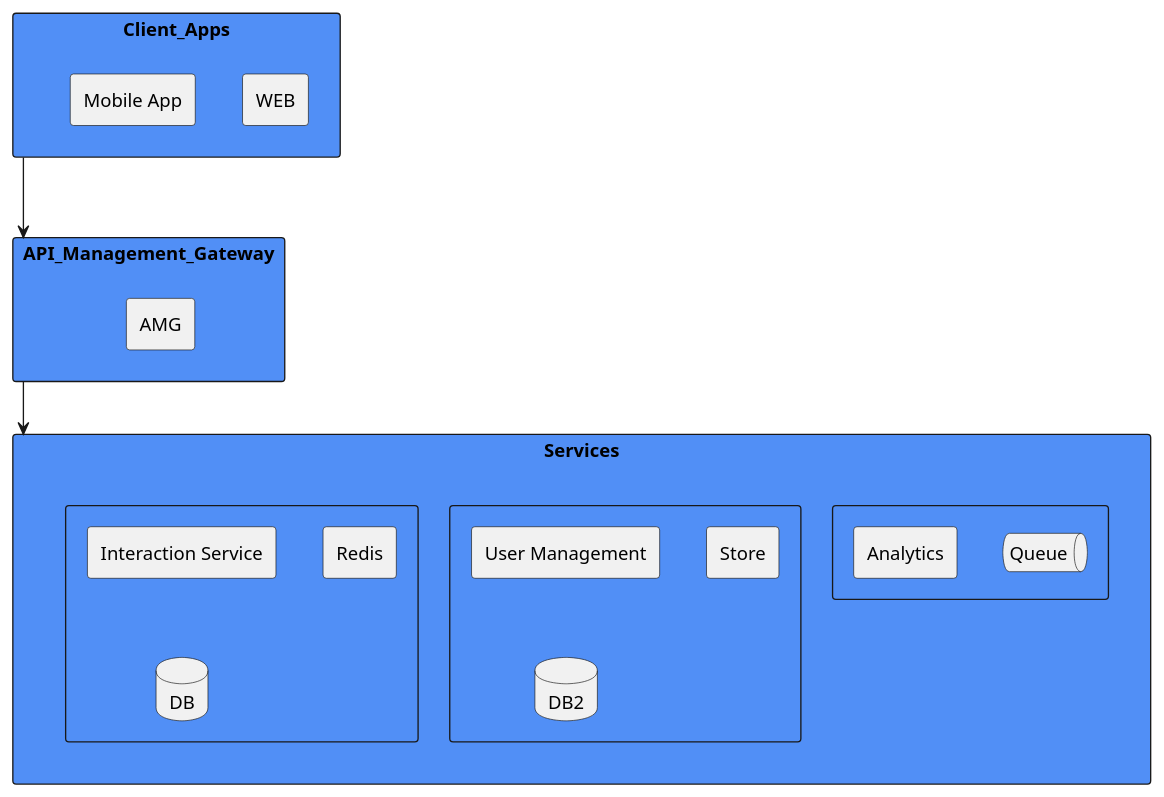
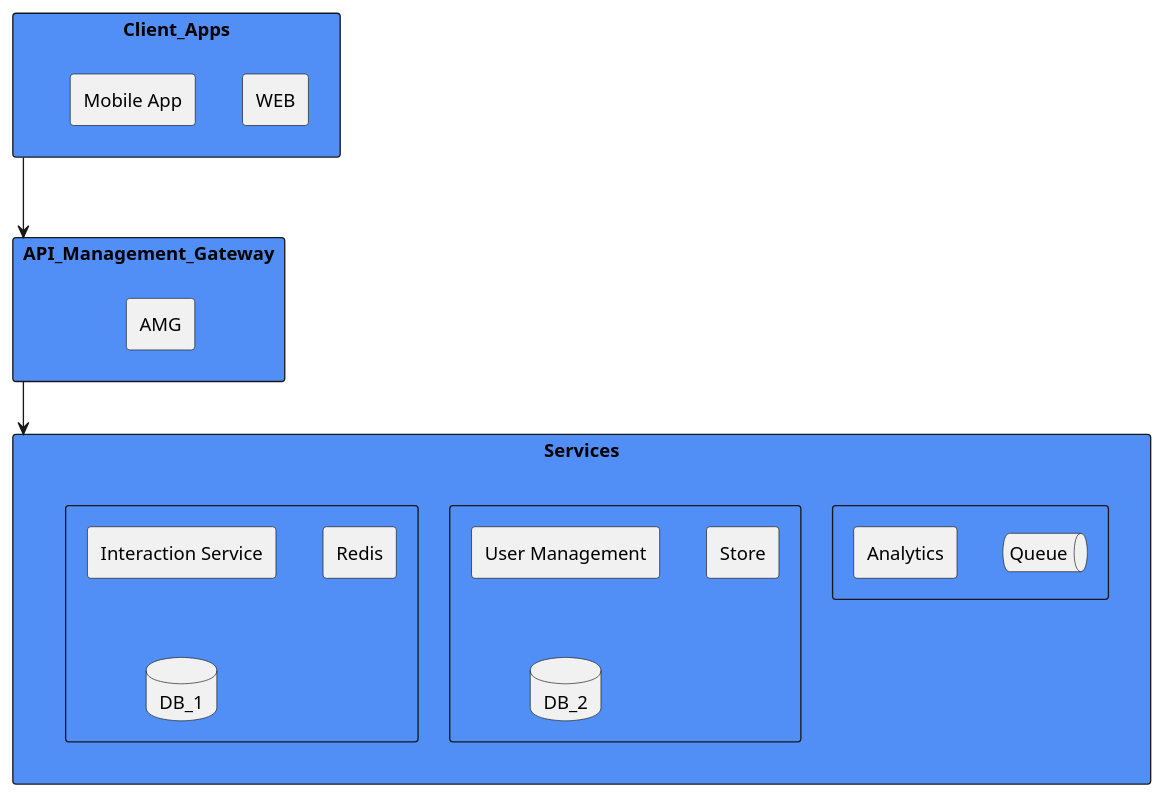
Before and after one commit to domagojbozic/team-mustang-kata-2022: the diagram in diagrams/logical_diagram.puml, drawn with PlantUML. The commit also changed 1 other file, not shown here.

```diff
--- a/diagrams/logical_diagram.puml
+++ b/diagrams/logical_diagram.puml
@@ -1,38 +1,38 @@
 @startuml
 <style>
 rectangle {
     BackGroundColor #518FF6
 }
 </style>
 
 rectangle Client_Apps{
  agent WEB
  agent "Mobile App"
 }
 
 rectangle API_Management_Gateway{
  agent AMG
 }
 
 rectangle Services {
     rectangle  {
     queue Queue
     agent Analytics
     }
 
     rectangle {
      agent "User Management"
      agent "Store"
-     database "DB2"
+     database "DB_2"
     }
 
     rectangle {
      agent "Interaction Service"
      agent "Redis"
-     database "DB"
+     database "DB_1"
     }
 }
 
 Client_Apps ---> API_Management_Gateway
 API_Management_Gateway --> Services
 @enduml
```
